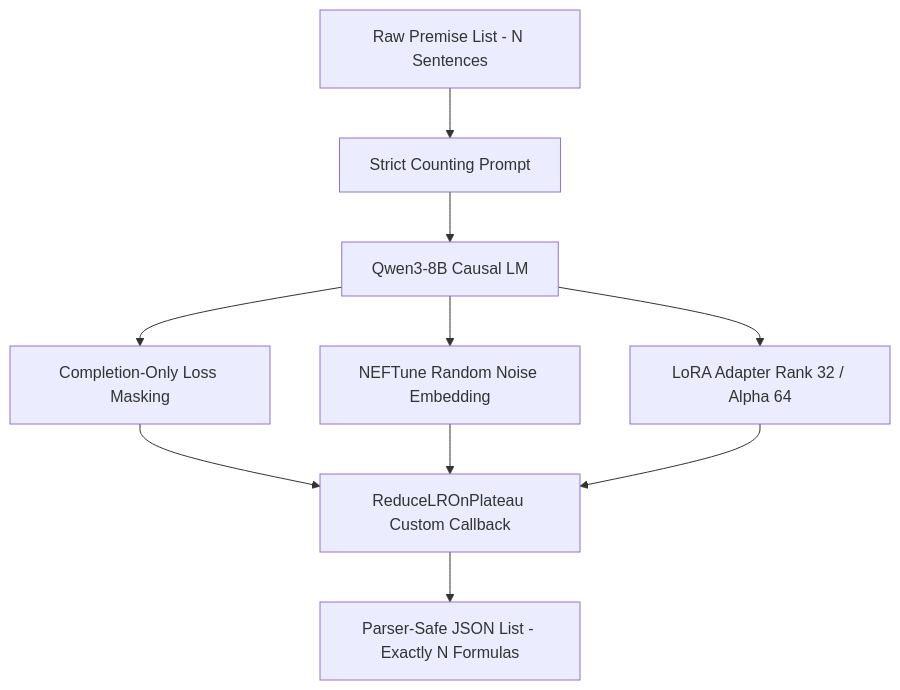
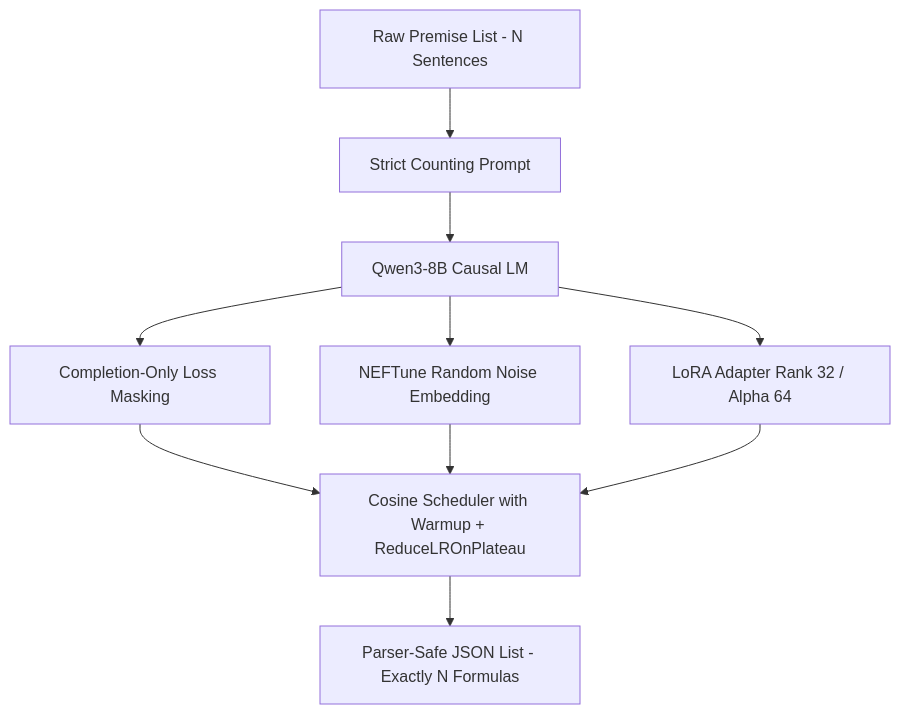
One commit to nthday-jpg/EXACT changed the diagram in src/llm/tuning/fine_tuning_report.md. Above: the diagram before and after it, drawn with Mermaid. The commit also changed other lines of this file, not shown here.

````diff
--- a/src/llm/tuning/fine_tuning_report.md
+++ b/src/llm/tuning/fine_tuning_report.md
@@ -40,10 +41,10 @@
 ```mermaid
 graph TD
     A[Raw Premise List - N Sentences] --> B[Strict Counting Prompt]
     B --> C[Qwen3-8B Causal LM]
     C --> D[Completion-Only Loss Masking]
     C --> E[NEFTune Random Noise Embedding]
     C --> F[LoRA Adapter Rank 32 / Alpha 64]
-    D & E & F --> G[ReduceLROnPlateau Custom Callback]
+    D & E & F --> G[Cosine Scheduler with Warmup + ReduceLROnPlateau]
     G --> H[Parser-Safe JSON List - Exactly N Formulas]
 ```
````
